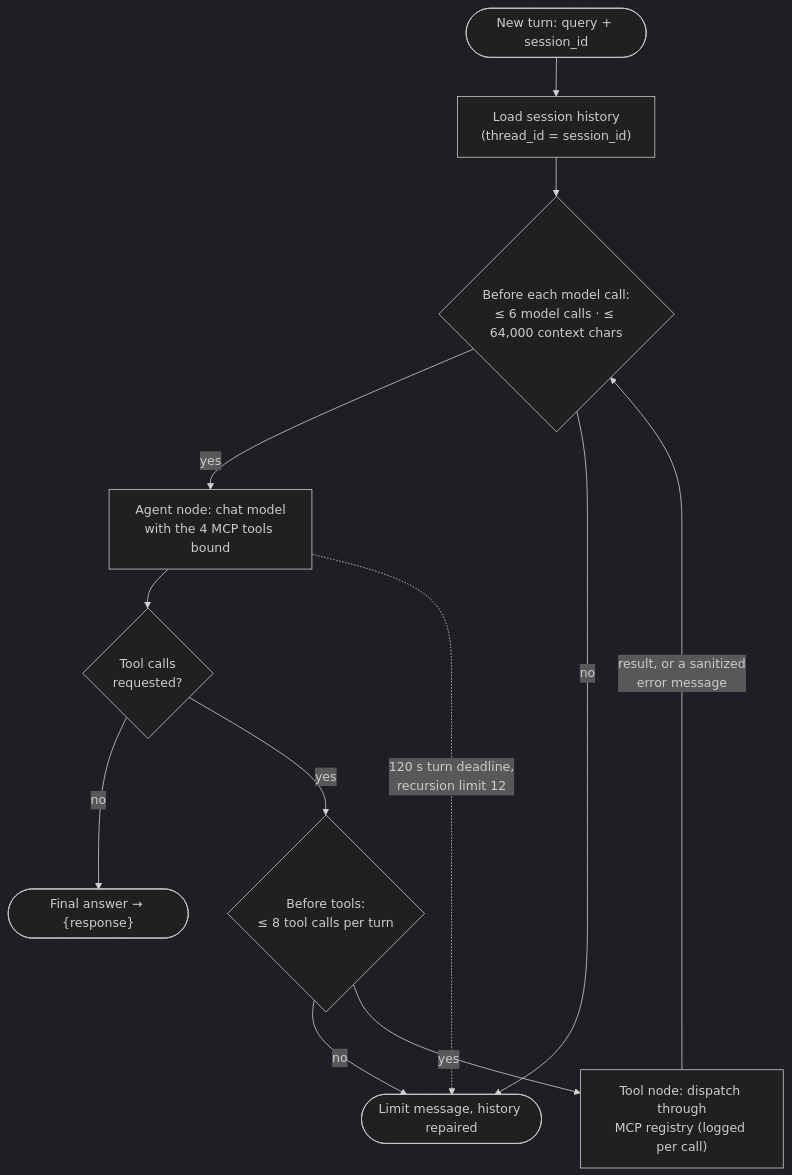
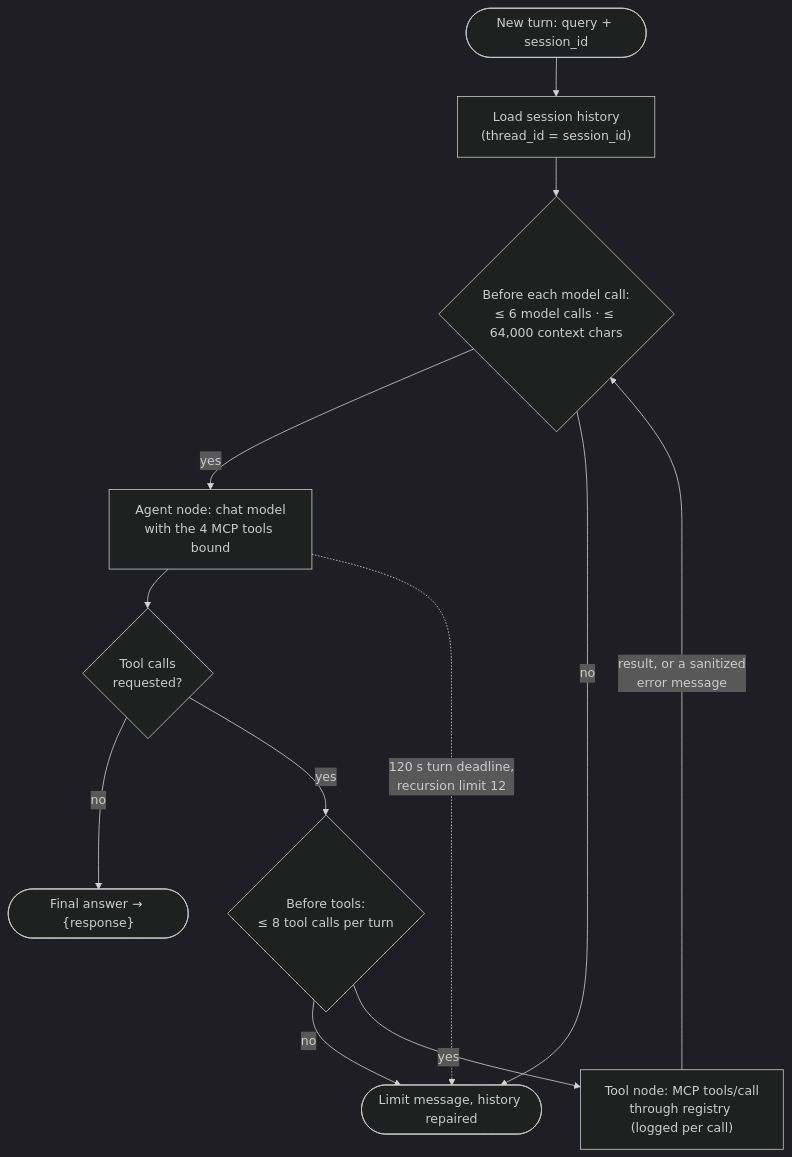
The second of 3 diagrams in README.md (doeunyy/veridex), drawn with Mermaid (dark theme) before and after one commit. The commit also changed other lines of this file and 3 other files, not shown here.

````diff
--- a/README.md
+++ b/README.md
@@ -81,14 +86,14 @@
 ```mermaid
 flowchart TD
     start(["New turn: query + session_id"]) --> load["Load session history<br/>(thread_id = session_id)"]
     load --> mcheck{"Before each model call:<br/>≤ 6 model calls · ≤ 64,000 context chars"}
     mcheck -->|yes| model["Agent node: chat model<br/>with the 4 MCP tools bound"]
     mcheck -->|no| limit(["Limit message, history repaired"])
     model --> decide{"Tool calls<br/>requested?"}
     decide -->|no| answer(["Final answer → {response}"])
     decide -->|yes| tcheck{"Before tools:<br/>≤ 8 tool calls per turn"}
     tcheck -->|no| limit
-    tcheck -->|yes| tools["Tool node: dispatch through<br/>MCP registry (logged per call)"]
+    tcheck -->|yes| tools["Tool node: MCP tools/call<br/>through registry (logged per call)"]
     tools -->|"result, or a sanitized<br/>error message"| mcheck
     model -. "120 s turn deadline,<br/>recursion limit 12" .-> limit
 ```
````
